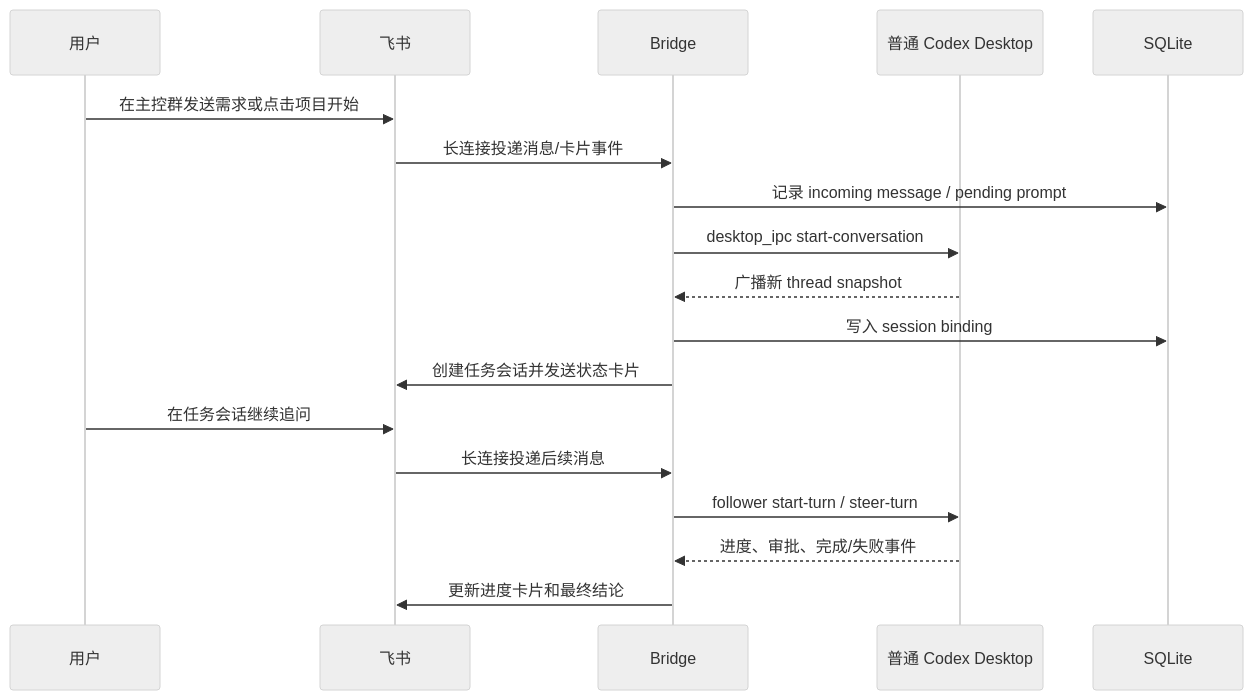
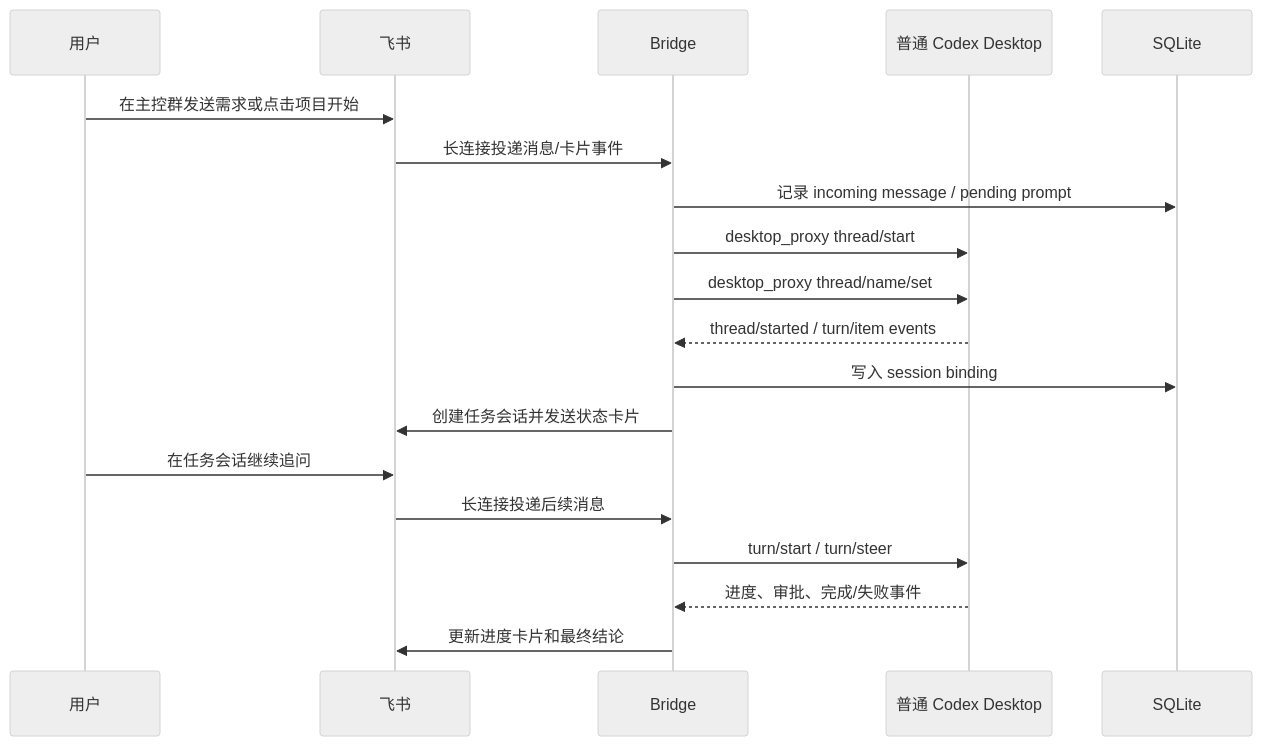
The second of 3 diagrams in README.md (a1647517212/codex-feishu-helper), drawn with Mermaid (neutral theme) before and after one commit. The commit also changed other lines of this file and 26 other files, not shown here.

````diff
--- a/README.md
+++ b/README.md
@@ -58,21 +70,22 @@
 ```mermaid
 sequenceDiagram
   participant U as 用户
   participant F as 飞书
   participant B as Bridge
   participant D as 普通 Codex Desktop
   participant S as SQLite
 
   U->>F: 在主控群发送需求或点击项目开始
   F->>B: 长连接投递消息/卡片事件
   B->>S: 记录 incoming message / pending prompt
-  B->>D: desktop_ipc start-conversation
-  D-->>B: 广播新 thread snapshot
+  B->>D: desktop_proxy thread/start
+  B->>D: desktop_proxy thread/name/set
+  D-->>B: thread/started / turn/item events
   B->>S: 写入 session binding
   B->>F: 创建任务会话并发送状态卡片
   U->>F: 在任务会话继续追问
   F->>B: 长连接投递后续消息
-  B->>D: follower start-turn / steer-turn
+  B->>D: turn/start / turn/steer
   D-->>B: 进度、审批、完成/失败事件
   B->>F: 更新进度卡片和最终结论
 ```
````
